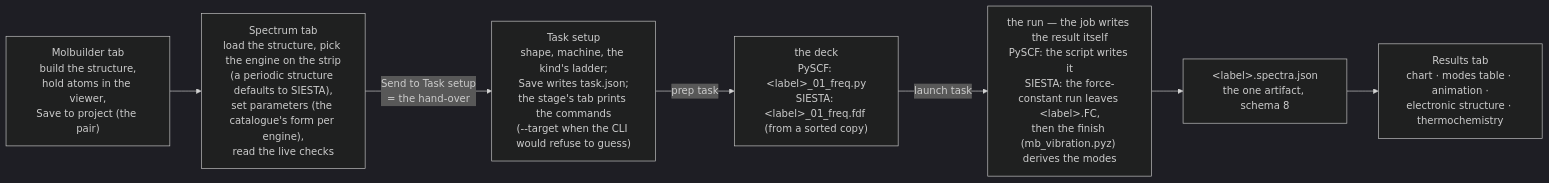
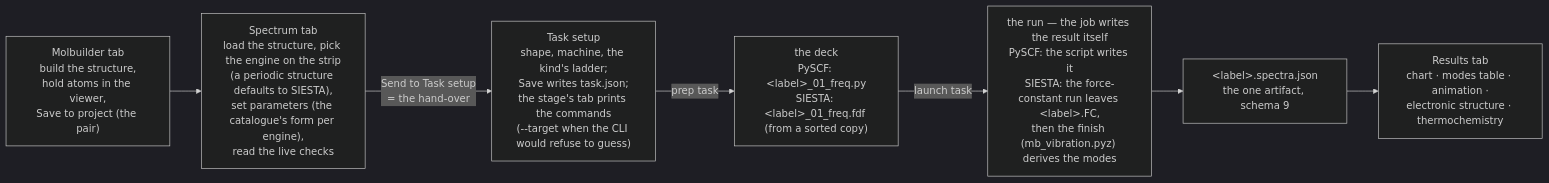
One commit to Qing-LAB/molbuilder changed the first of 2 diagrams in docs/engines/vibration.md. Above: the diagram before and after it, drawn with Mermaid (dark theme). The commit also changed other lines of this file and 120 other files, not shown here.

````diff
--- a/docs/engines/vibration.md
+++ b/docs/engines/vibration.md
@@ -185,9 +185,9 @@
 ```mermaid
 flowchart LR
   M["Molbuilder tab<br/>build the structure,<br/>hold atoms in the viewer,<br/>Save to project (the pair)"] --> S["Spectrum tab<br/>load the structure, pick the engine on the strip<br/>(a periodic structure defaults to SIESTA),<br/>set parameters (the catalogue's form per engine),<br/>read the live checks"]
   S -->|"Send to Task setup<br/>= the hand-over"| T["Task setup<br/>shape, machine, the kind's ladder;<br/>Save writes task.json;<br/>the stage's tab prints the commands<br/>(--target when the CLI would refuse to guess)"]
   T -->|"prep task"| P["the deck<br/>PySCF: &lt;label&gt;_01_freq.py<br/>SIESTA: &lt;label&gt;_01_freq.fdf (from a sorted copy)"]
   P -->|"launch task"| R["the run — the job writes the result itself<br/>PySCF: the script writes it<br/>SIESTA: the force-constant run leaves &lt;label&gt;.FC,<br/>then the finish (mb_vibration.pyz) derives the modes"]
-  R --> A["&lt;label&gt;.spectra.json<br/>the one artifact, schema 8"]
+  R --> A["&lt;label&gt;.spectra.json<br/>the one artifact, schema 9"]
   A --> V["Results tab<br/>chart · modes table · animation ·<br/>electronic structure · thermochemistry"]
 ```
````
